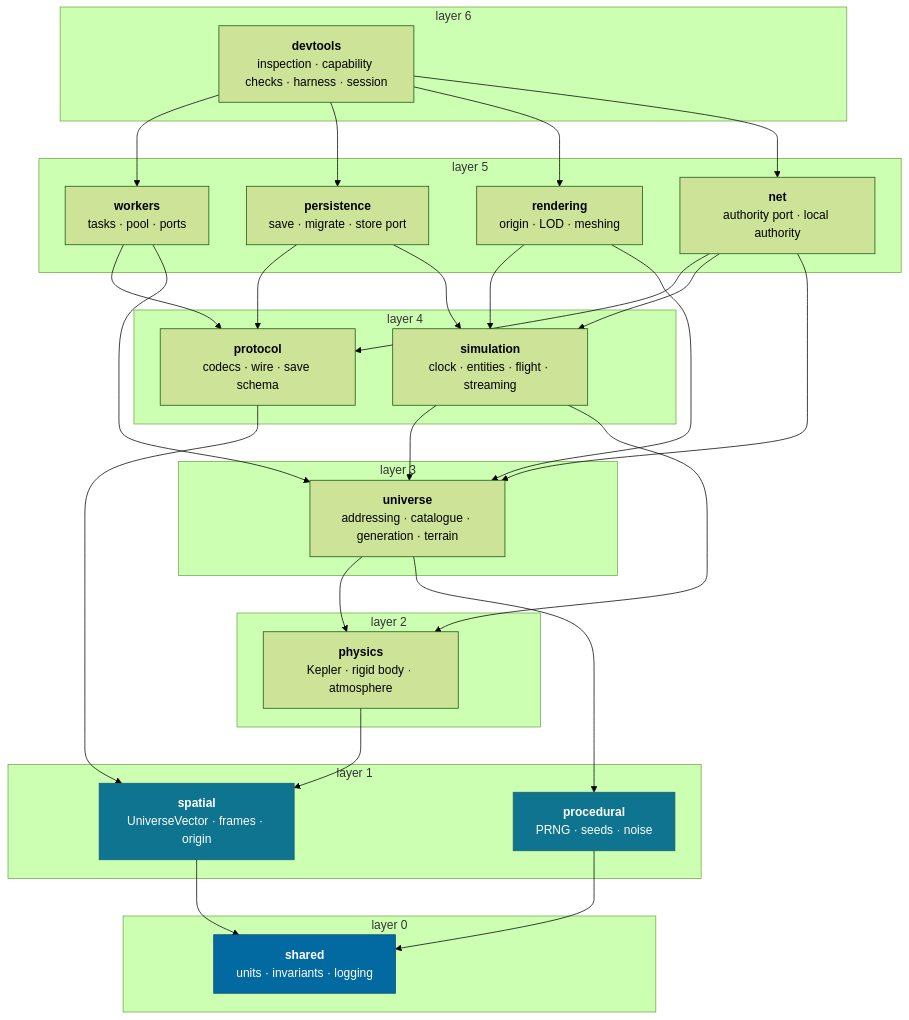
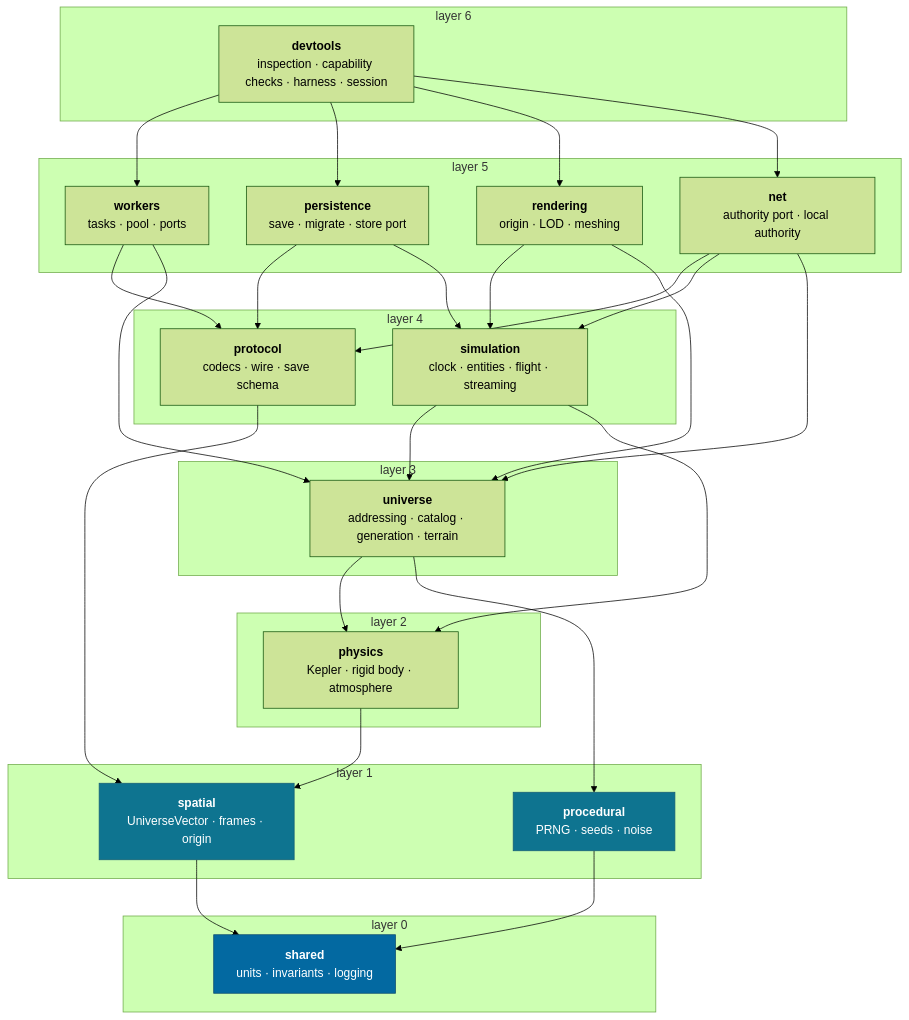
Before and after one commit to jonjaques/inertialref: the second of 6 diagrams in docs/architecture.md, drawn with Mermaid (forest theme). The commit also changed other lines of this file and 83 other files, not shown here.

````diff
--- a/docs/architecture.md
+++ b/docs/architecture.md
@@ -37,45 +37,45 @@
 ```mermaid
 flowchart TB
     subgraph L6["layer 6"]
         DEV["<b>devtools</b><br/>inspection · capability checks · harness · session"]
     end
     subgraph L5["layer 5"]
         WRK["<b>workers</b><br/>tasks · pool · ports"]
         PER["<b>persistence</b><br/>save · migrate · store port"]
         REN["<b>rendering</b><br/>origin · LOD · meshing"]
         NET["<b>net</b><br/>authority port · local authority"]
     end
     subgraph L4["layer 4"]
         SIM["<b>simulation</b><br/>clock · entities · flight · streaming"]
         PRO["<b>protocol</b><br/>codecs · wire · save schema"]
     end
     subgraph L3["layer 3"]
-        UNI["<b>universe</b><br/>addressing · catalogue · generation · terrain"]
+        UNI["<b>universe</b><br/>addressing · catalog · generation · terrain"]
     end
     subgraph L2["layer 2"]
         PHY["<b>physics</b><br/>Kepler · rigid body · atmosphere"]
     end
     subgraph L1["layer 1"]
         SPA["<b>spatial</b><br/>UniverseVector · frames · origin"]
         PCD["<b>procedural</b><br/>PRNG · seeds · noise"]
     end
     subgraph L0["layer 0"]
         SHR["<b>shared</b><br/>units · invariants · logging"]
     end
 
     DEV --> WRK & PER & REN & NET
     WRK --> PRO & UNI
     PER --> PRO & SIM
     NET --> PRO & SIM & UNI
     REN --> SIM & UNI
     SIM --> UNI & PHY
     PRO --> SPA
     UNI --> PHY & PCD
     PHY --> SPA
     SPA --> SHR
     PCD --> SHR
 
     style SHR fill:#0369a1,stroke:#0c4a6e,color:#fff
     style SPA fill:#0e7490,stroke:#155e75,color:#fff
     style PCD fill:#0e7490,stroke:#155e75,color:#fff
 ```
````
